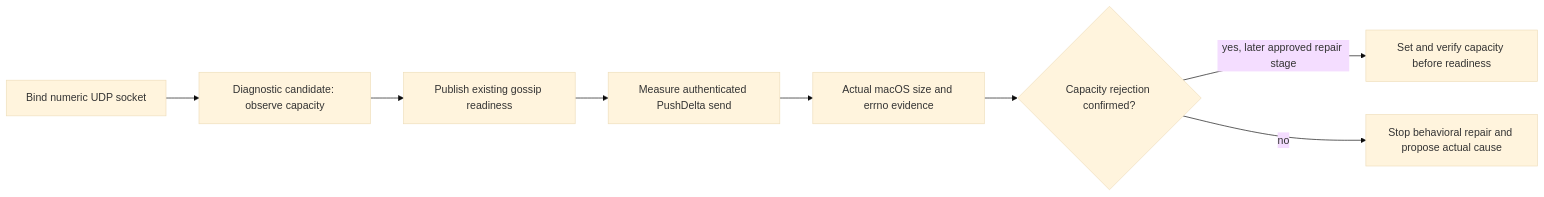
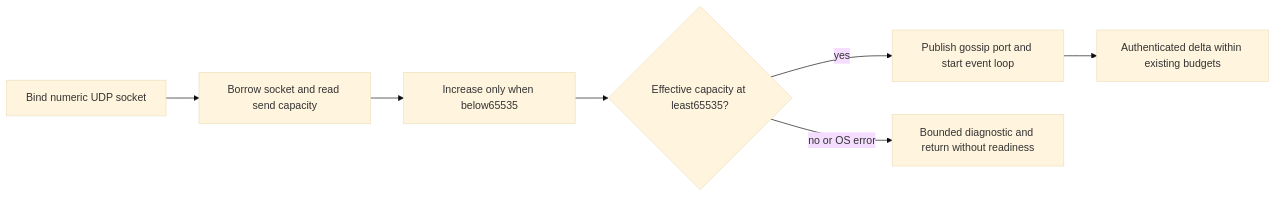
The first of 5 diagrams in docs/C4--GENESISDB-ARCHITECTURE.md (Freshair129/GenesisBlock), drawn with Mermaid (base theme) before and after one commit. The commit also changed other lines of this file and 11 other files, not shown here.

Commit message:
fix(storage): prepare gossip capacity and qualify nested batch recovery

````diff
--- a/docs/C4--GENESISDB-ARCHITECTURE.md
+++ b/docs/C4--GENESISDB-ARCHITECTURE.md
@@ -38,10 +40,9 @@
 ```mermaid
 flowchart LR
-    B[Bind numeric UDP socket] --> D[Diagnostic candidate: observe capacity]
-    D --> R[Publish existing gossip readiness]
-    R --> S[Measure authenticated PushDelta send]
-    S --> E[Actual macOS size and errno evidence]
-    E --> G{Capacity rejection confirmed?}
-    G -->|yes, later approved repair stage| V[Set and verify capacity before readiness]
-    G -->|no| P[Stop behavioral repair and propose actual cause]
+    B[Bind numeric UDP socket] --> C[Borrow socket and read send capacity]
+    C --> S[Increase only when below65535]
+    S --> V{Effective capacity at least65535?}
+    V -->|yes| P[Publish gossip port and start event loop]
+    V -->|no or OS error| E[Bounded diagnostic and return without readiness]
+    P --> D[Authenticated delta within existing budgets]
 ```
````
